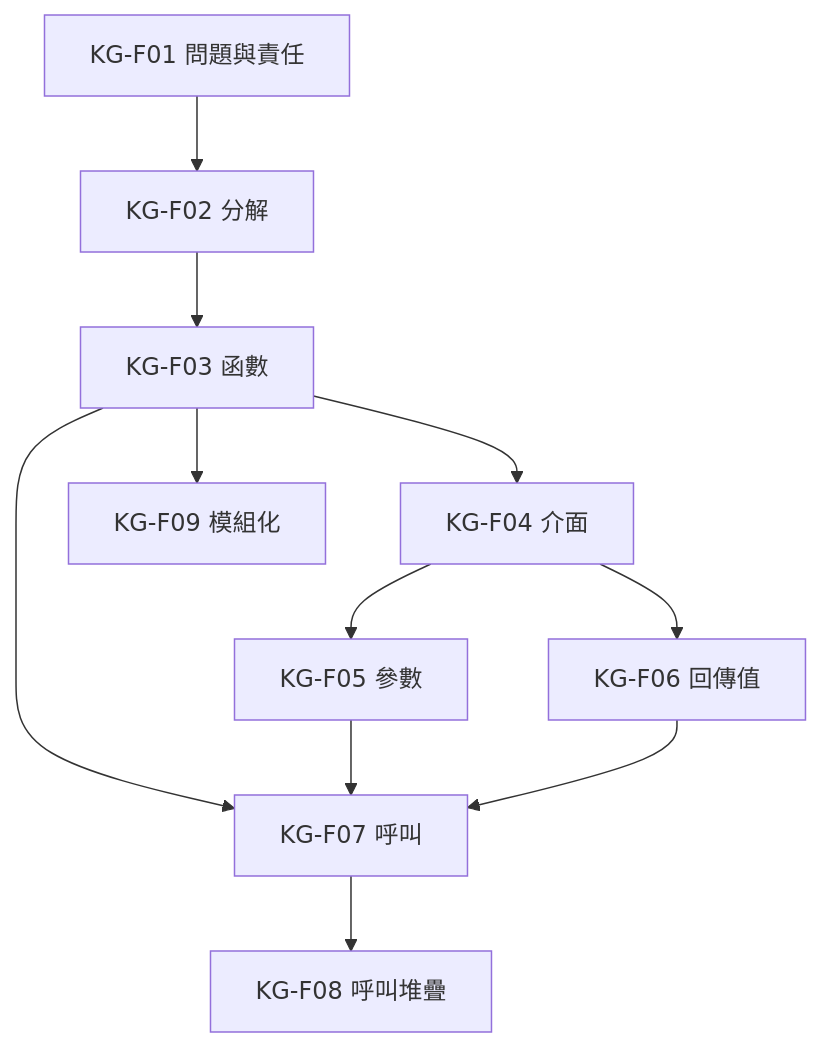
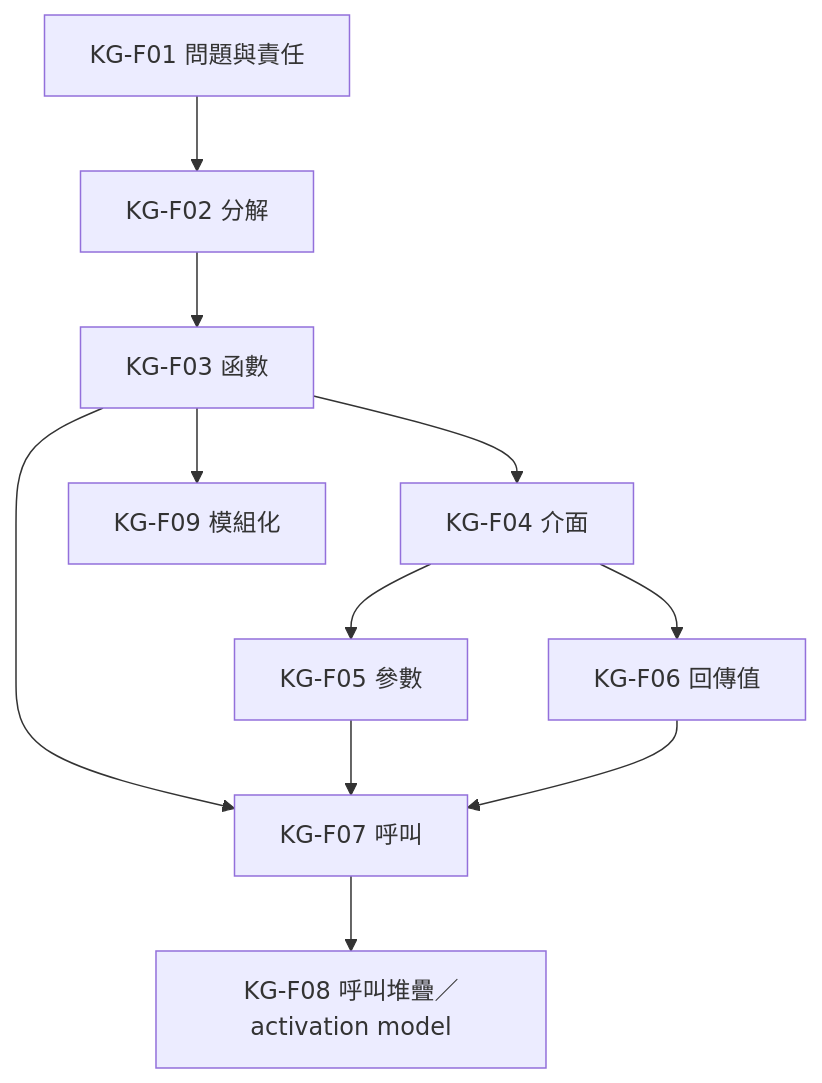
One commit to inred329/summer_pre_course_2026 changed the fifth of 9 diagrams in design/04-programming-language-knowledge-graph.zh-TW.md. Above: the diagram before and after it, drawn with Mermaid. The commit also changed other lines of this file and 104 other files, not shown here.

````diff
--- a/design/04-programming-language-knowledge-graph.zh-TW.md
+++ b/design/04-programming-language-knowledge-graph.zh-TW.md
@@ -150,13 +157,13 @@
 ```mermaid
 flowchart TD
     F01[KG-F01 問題與責任] --> F02[KG-F02 分解]
     F02 --> F03[KG-F03 函數]
     F03 --> F04[KG-F04 介面]
     F04 --> F05[KG-F05 參數]
     F04 --> F06[KG-F06 回傳值]
     F03 --> F07[KG-F07 呼叫]
     F05 --> F07
     F06 --> F07
-    F07 --> F08[KG-F08 呼叫堆疊]
+    F07 --> F08[KG-F08 呼叫堆疊／activation model]
     F03 --> F09[KG-F09 模組化]
 ```
````
